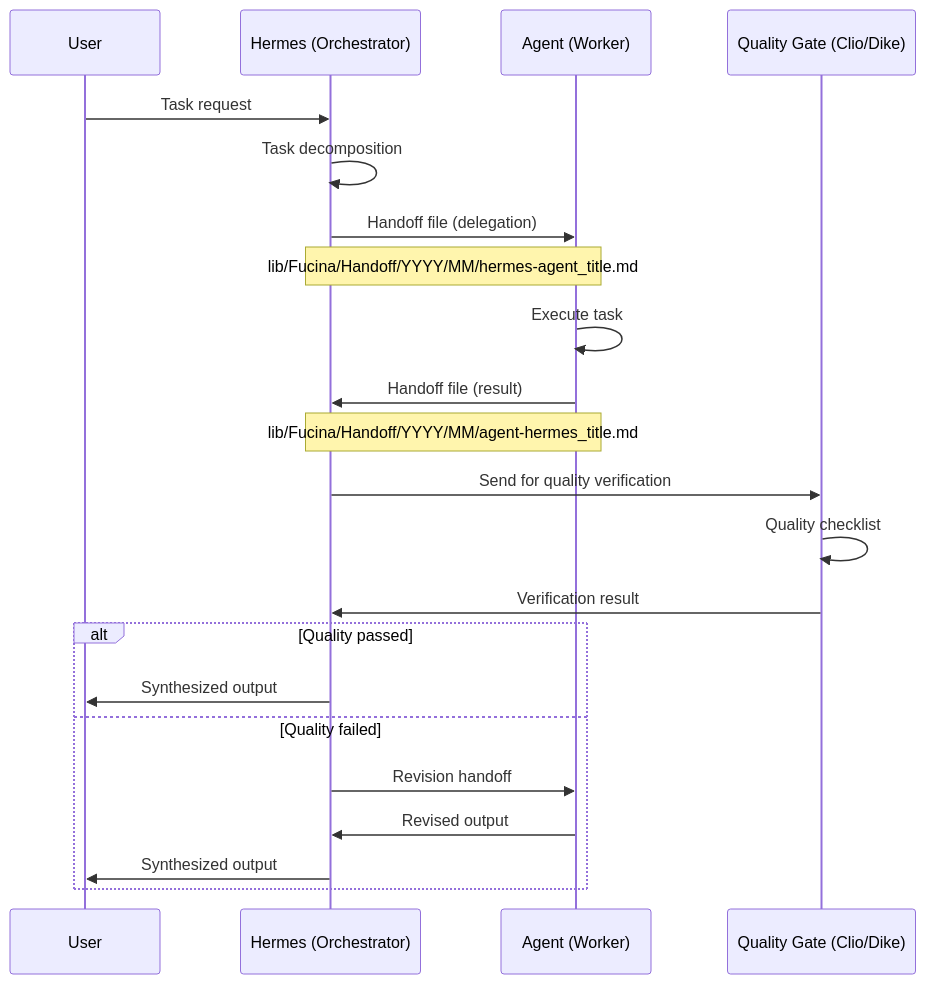
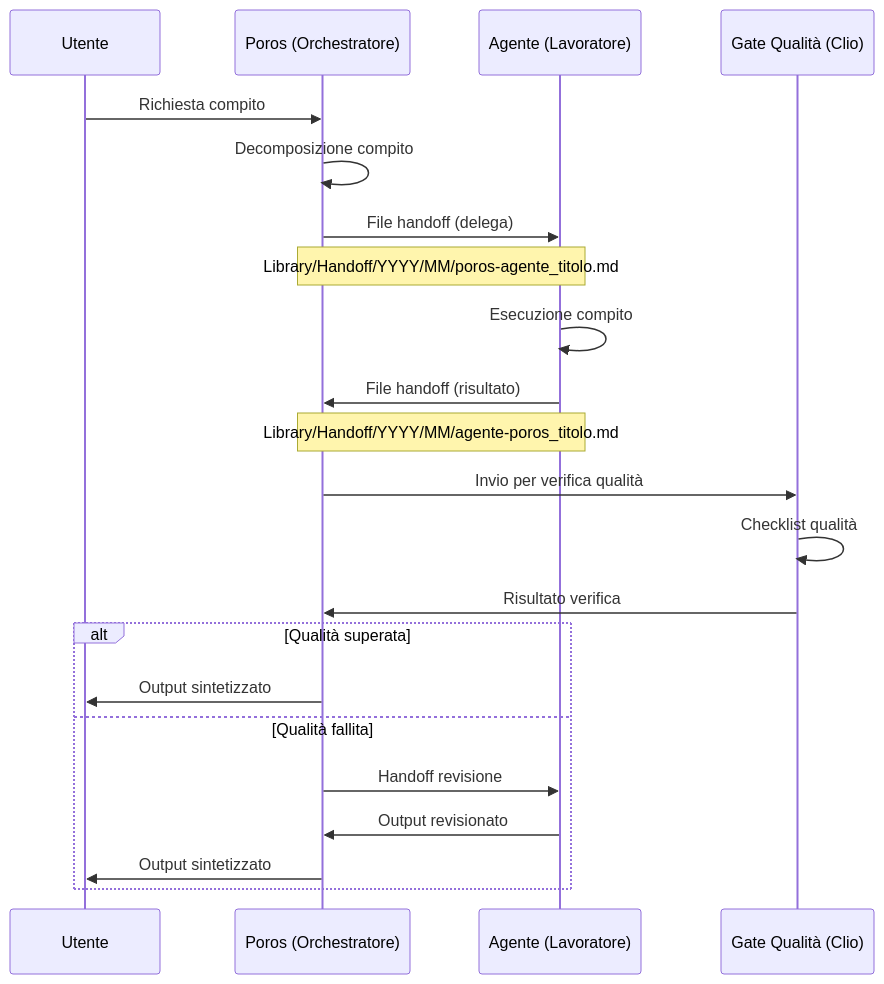
Before and after one commit to teamolimpo/TeamOlimpo: the second of 5 diagrams in paper/whitepaper-it.md, drawn with Mermaid. The commit also changed other lines of this file and 2 other files, not shown here.

Commit message:
Update whitepaper: Poros rename, GitHub org, synapsis consolidation, deliverable hash system

````diff
--- a/paper/whitepaper-it.md
+++ b/paper/whitepaper-it.md
@@ -203,28 +244,28 @@
 ```mermaid
 sequenceDiagram
-    participant U as User
-    participant H as Hermes (Orchestrator)
-    participant A as Agent (Worker)
-    participant Q as Quality Gate (Clio/Dike)
+    participant U as Utente
+    participant P as Poros (Orchestratore)
+    participant A as Agente (Lavoratore)
+    participant Q as Gate Qualità (Clio)
     
-    U->>H: Task request
-    H->>H: Task decomposition
-    H->>A: Handoff file (delegation)
-    Note over H,A: lib/Fucina/Handoff/YYYY/MM/hermes-agent_title.md
+    U->>P: Richiesta compito
+    P->>P: Decomposizione compito
+    P->>A: File handoff (delega)
+    Note over P,A: Library/Handoff/YYYY/MM/poros-agente_titolo.md
     
-    A->>A: Execute task
-    A->>H: Handoff file (result)
-    Note over A,H: lib/Fucina/Handoff/YYYY/MM/agent-hermes_title.md
+    A->>A: Esecuzione compito
+    A->>P: File handoff (risultato)
+    Note over A,P: Library/Handoff/YYYY/MM/agente-poros_titolo.md
     
-    H->>Q: Send for quality verification
-    Q->>Q: Quality checklist
-    Q->>H: Verification result
+    P->>Q: Invio per verifica qualità
+    Q->>Q: Checklist qualità
+    Q->>P: Risultato verifica
     
-    alt Quality passed
-        H->>U: Synthesized output
-    else Quality failed
-        H->>A: Revision handoff
-        A->>H: Revised output
-        H->>U: Synthesized output
+    alt Qualità superata
+        P->>U: Output sintetizzato
+    else Qualità fallita
+        P->>A: Handoff revisione
+        A->>P: Output revisionato
+        P->>U: Output sintetizzato
     end
 ```
````
